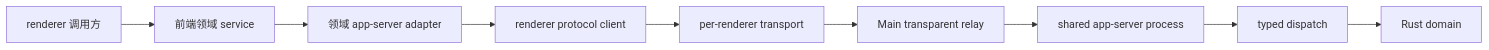
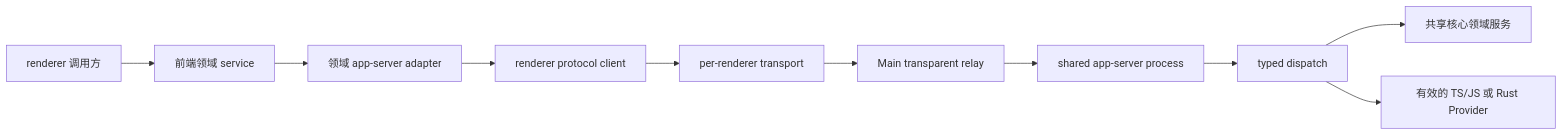
One commit to chogng/ash changed the first of 2 diagrams in .agents/skills/app-server-api-integration/references/connection-architecture.md. Above: the diagram before and after it, drawn with Mermaid. The commit also changed other lines of this file and 294 other files, not shown here.

````diff
--- a/.agents/skills/app-server-api-integration/references/connection-architecture.md
+++ b/.agents/skills/app-server-api-integration/references/connection-architecture.md
@@ -36,11 +38,12 @@
 ```mermaid
 flowchart LR
     Caller[renderer 调用方] --> Service[前端领域 service]
     Service --> Adapter[领域 app-server adapter]
     Adapter --> Client[renderer protocol client]
     Client --> Port[per-renderer transport]
     Port --> Relay[Main transparent relay]
     Relay --> Process[shared app-server process]
     Process --> Dispatch[typed dispatch]
-    Dispatch --> Domain[Rust domain]
+    Dispatch --> Domain[共享核心领域服务]
+    Dispatch --> Provider[有效的 TS/JS 或 Rust Provider]
 ```
````
